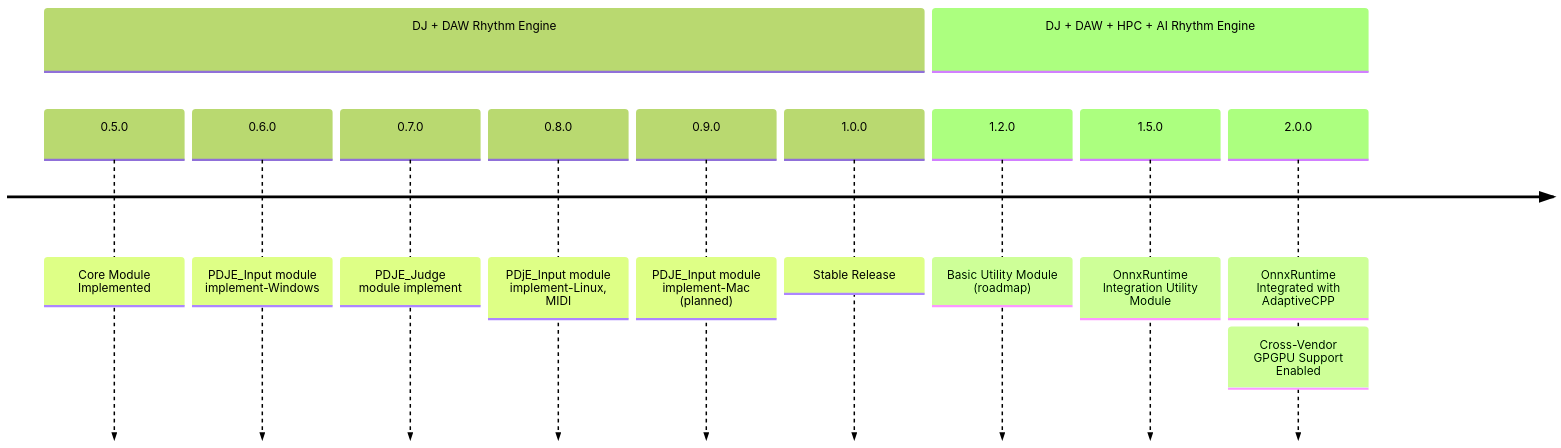
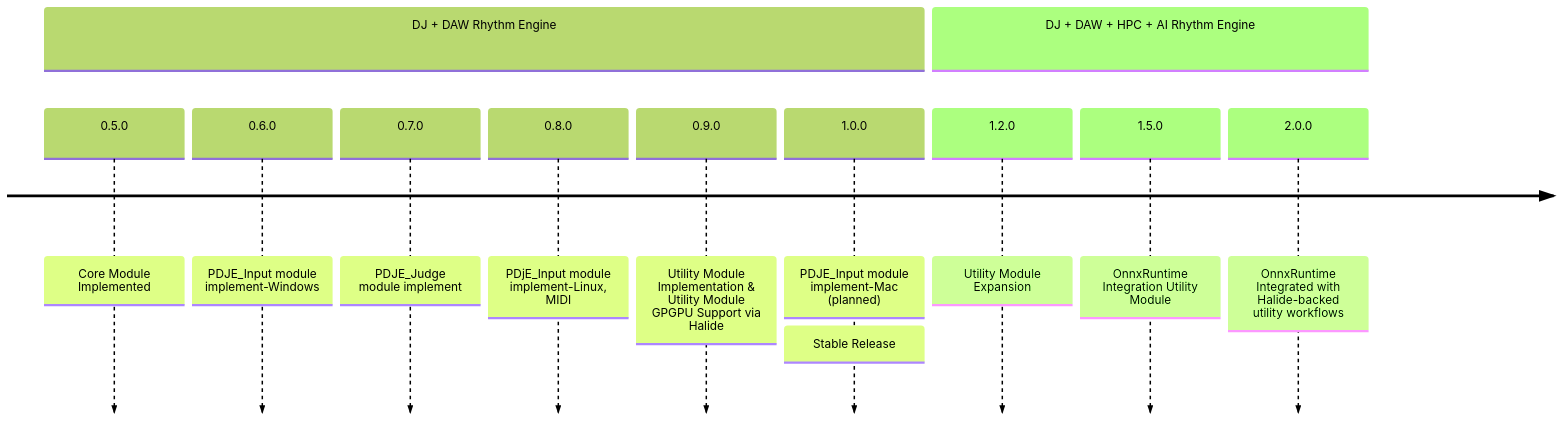
The first of 2 diagrams in document_sources/index.rst (Rliop913/Project-DJ-Engine), drawn with Mermaid (forest theme) before and after one commit. The commit also changed other lines of this file and 5493 other files, not shown here.

```diff
--- a/document_sources/index.rst
+++ b/document_sources/index.rst
@@ -118,16 +122,16 @@
 .. mermaid::
   :config: {"theme":"forest","themeVariables":{"fontSize":"25px"}}
 
   timeline
     section DJ + DAW Rhythm Engine
       0.5.0 : Core Module Implemented
       0.6.0 : PDJE_Input module implement-Windows
       0.7.0 : PDJE_Judge module implement
       0.8.0 : PDjE_Input module implement-Linux, MIDI
-      0.9.0 : PDJE_Input module implement-Mac (planned)
-      1.0.0 : Stable Release
+      0.9.0 : Utility Module Implementation & Utility Module GPGPU Support via Halide
+      1.0.0 : PDJE_Input module implement-Mac (planned)
+            : Stable Release
     section DJ + DAW + HPC + AI Rhythm Engine
-      1.2.0 : Basic Utility Module (roadmap)
+      1.2.0 : Utility Module Expansion
       1.5.0 : OnnxRuntime Integration Utility Module
-      2.0.0 : OnnxRuntime Integrated with AdaptiveCPP
-            : Cross-Vendor GPGPU Support Enabled
+      2.0.0 : OnnxRuntime Integrated with Halide-backed utility workflows
```
